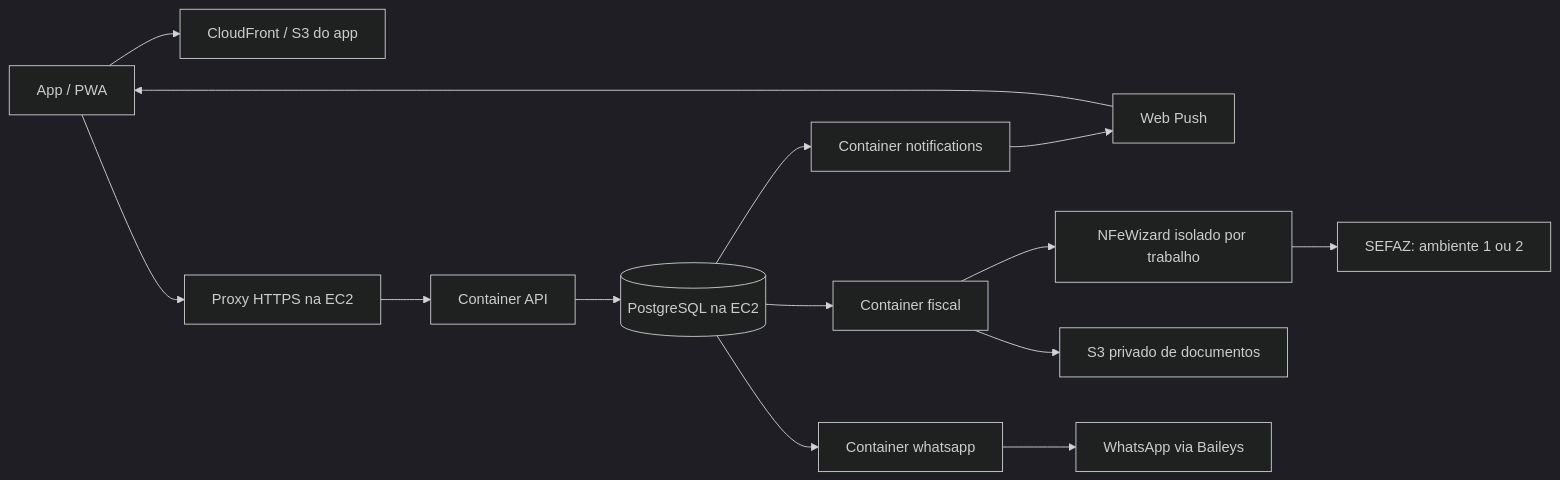
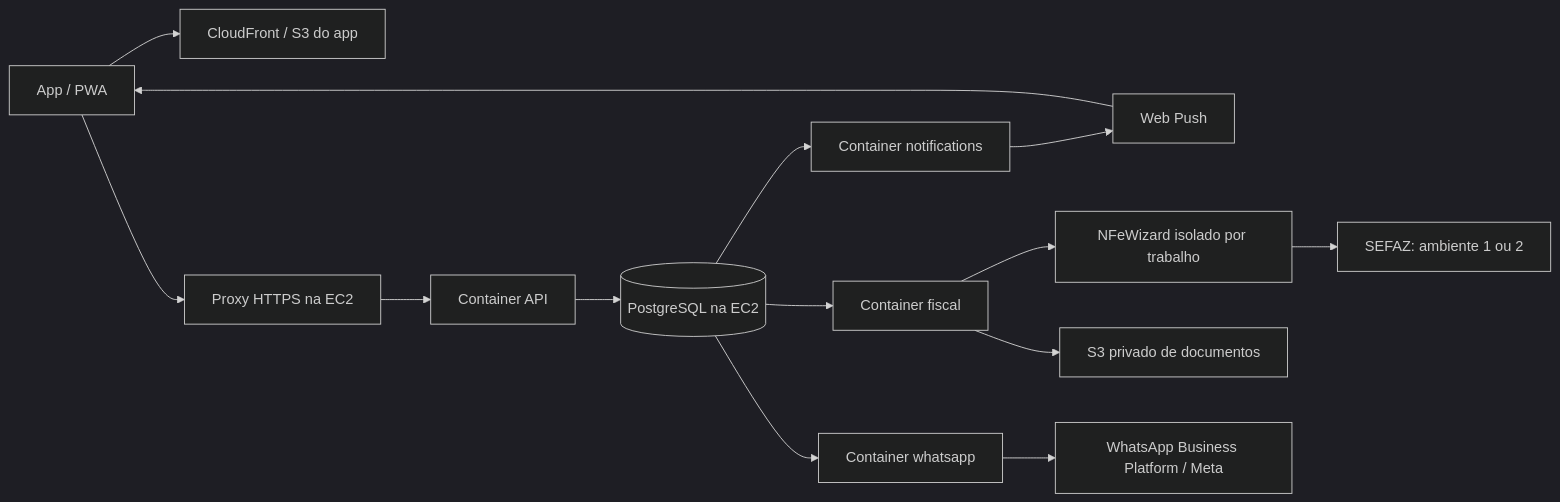
The diagram in docs/WORKERS-PRODUCTION.md (vhlpdevelop/bansir-demo-ultragas-backend), drawn with Mermaid (dark theme) before and after one commit. The commit also changed other lines of this file and 20 other files, not shown here.

Commit message:
Replace Baileys with Meta and make paid vouchers transactional

````diff
--- a/docs/WORKERS-PRODUCTION.md
+++ b/docs/WORKERS-PRODUCTION.md
@@ -13,16 +13,16 @@
 ```mermaid
 flowchart LR
   Browser[App / PWA] --> CDN[CloudFront / S3 do app]
   Browser --> HTTPS[Proxy HTTPS na EC2]
   HTTPS --> API[Container API]
   API --> PG[(PostgreSQL na EC2)]
   PG --> Push[Container notifications]
   Push --> Provider[Web Push]
   Provider --> Browser
   PG --> Fiscal[Container fiscal]
   Fiscal --> Child[NFeWizard isolado por trabalho]
   Child --> SEFAZ[SEFAZ: ambiente 1 ou 2]
   Fiscal --> XML[S3 privado de documentos]
   PG --> WhatsApp[Container whatsapp]
-  WhatsApp --> WA[WhatsApp via Baileys]
+  WhatsApp --> WA[WhatsApp Business Platform / Meta]
 ```
````
